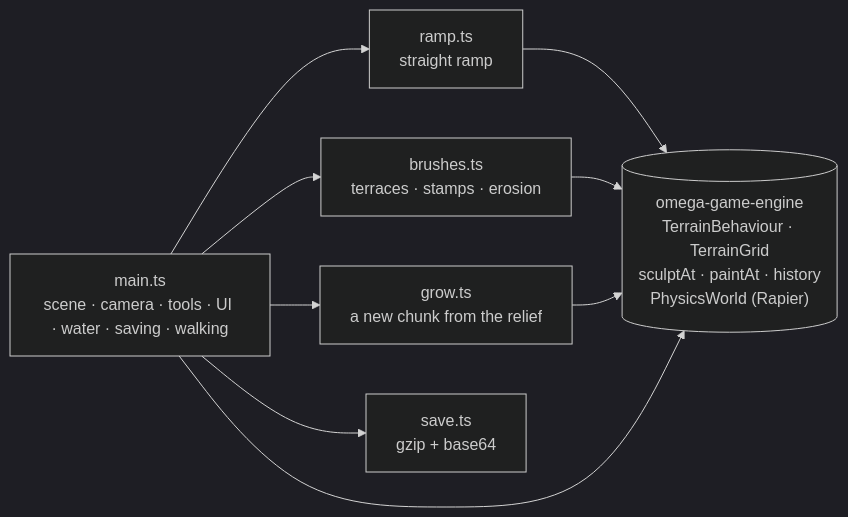
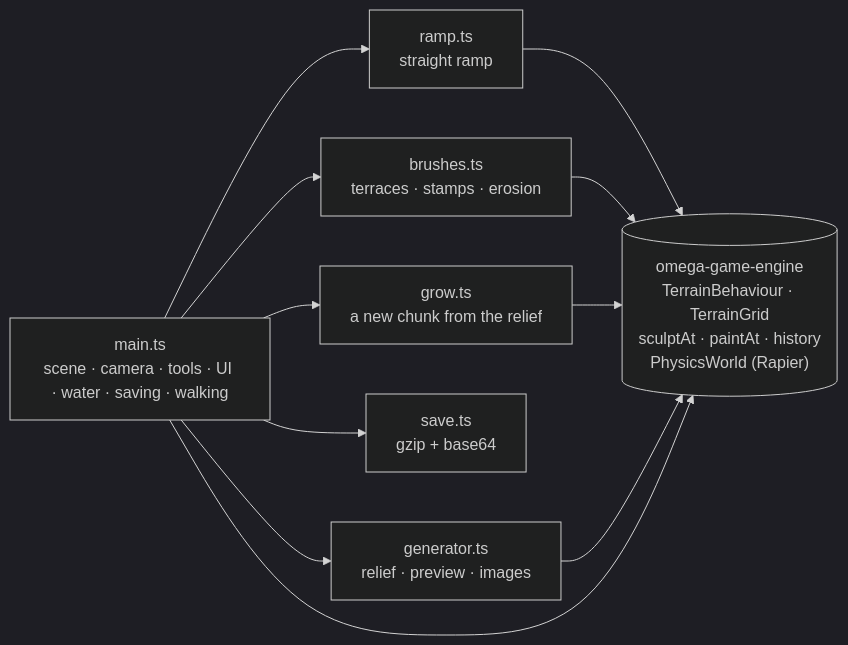
The diagram in src/terrain/README.md (tugapse/omega-games), drawn with Mermaid (dark theme) before and after one commit. The commit also changed other lines of this file and 10 other files, not shown here.

````diff
--- a/src/terrain/README.md
+++ b/src/terrain/README.md
@@ -70,12 +103,13 @@
 ```mermaid
 flowchart LR
   main["main.ts<br/>scene · camera · tools · UI · water · saving · walking"]
   ramp["ramp.ts<br/>straight ramp"]
   brushes["brushes.ts<br/>terraces · stamps · erosion"]
   grow["grow.ts<br/>a new chunk from the relief"]
   save["save.ts<br/>gzip + base64"]
+  gen["generator.ts<br/>relief · preview · images"]
   engine[("omega-game-engine<br/>TerrainBehaviour · TerrainGrid<br/>sculptAt · paintAt · history<br/>PhysicsWorld (Rapier)")]
-  main --> ramp & brushes & grow & save
-  ramp & brushes & grow --> engine
+  main --> ramp & brushes & grow & save & gen
+  ramp & brushes & grow & gen --> engine
   main --> engine
 ```
````
